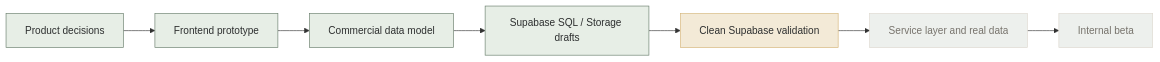
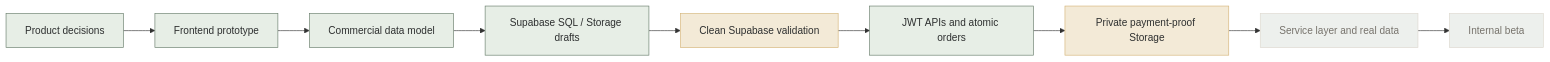
The first of 4 diagrams in docs/project-architecture-brief-v0.1.md (moirakk/GatherUp), drawn with Mermaid before and after one commit. The commit also changed other lines of this file and 6 other files, not shown here.

Commit message:
Add storage-backed payment proof flow

````diff
--- a/docs/project-architecture-brief-v0.1.md
+++ b/docs/project-architecture-brief-v0.1.md
@@ -22,21 +25,25 @@
 ```mermaid
 flowchart LR
   A["Product decisions"] --> B["Frontend prototype"]
   B --> C["Commercial data model"]
   C --> D["Supabase SQL / Storage drafts"]
   D --> E["Clean Supabase validation"]
-  E --> F["Service layer and real data"]
-  F --> G["Internal beta"]
+  E --> F["JWT APIs and atomic orders"]
+  F --> H["Private payment-proof Storage"]
+  H --> I["Service layer and real data"]
+  I --> G["Internal beta"]
 
   A:::done
   B:::done
   C:::done
   D:::done
   E:::doing
-  F:::todo
+  F:::done
+  H:::doing
+  I:::todo
   G:::todo
 
   classDef done fill:#e7eee6,stroke:#667b69,color:#2d2f2f;
   classDef doing fill:#f3ead7,stroke:#d4b477,color:#2d2f2f;
   classDef todo fill:#edf0ed,stroke:#ddd8ce,color:#77736c;
 ```
````
